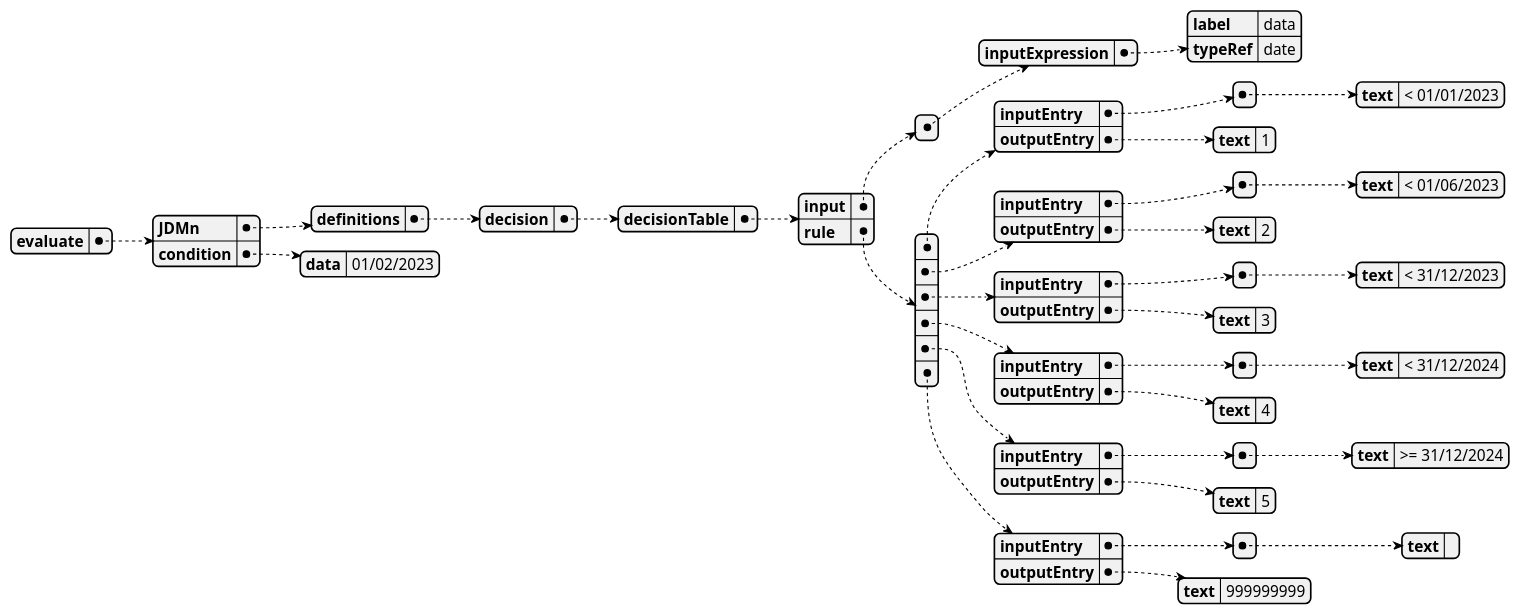
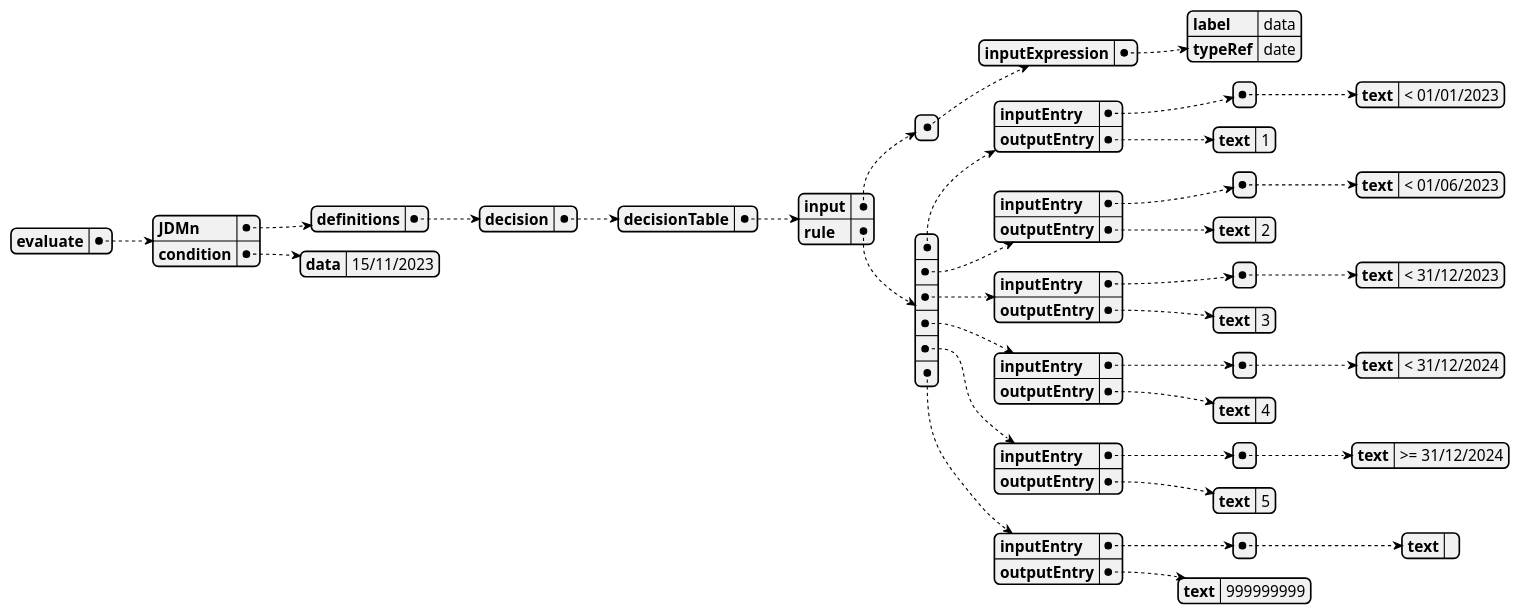
One commit to GiovaniPM/JDMn changed the diagram in examples/date.json.payload.puml. Above: the diagram before and after it, drawn with PlantUML. The commit also changed 3 other files, not shown here.

```diff
--- a/examples/date.json.payload.puml
+++ b/examples/date.json.payload.puml
@@ -1,87 +1,87 @@
 @startjson
 {
     "evaluate": {
         "JDMn": {
             "definitions": {
                 "decision": {
                     "decisionTable": {
                         "input": [
                             {
                                 "inputExpression": {
                                     "label": "data",
                                     "typeRef": "date"
                                 }
                             }
                         ],
                         "rule": [
                             {
                                 "inputEntry": [
                                     {
                                         "text": "< 01/01/2023"
                                     }
                                 ],
                                 "outputEntry": {
                                     "text": "1"
                                 }
                             },
                             {
                                 "inputEntry": [
                                     {
                                         "text": "< 01/06/2023"
                                     }
                                 ],
                                 "outputEntry": {
                                     "text": "2"
                                 }
                             },
                             {
                                 "inputEntry": [
                                     {
                                         "text": "< 31/12/2023"
                                     }
                                 ],
                                 "outputEntry": {
                                     "text": "3"
                                 }
                             },
                             {
                                 "inputEntry": [
                                     {
                                         "text": "< 31/12/2024"
                                     }
                                 ],
                                 "outputEntry": {
                                     "text": "4"
                                 }
                             },
                             {
                                 "inputEntry": [
                                     {
                                         "text": ">= 31/12/2024"
                                     }
                                 ],
                                 "outputEntry": {
                                     "text": "5"
                                 }
                             },
                             {
                                 "inputEntry": [
                                     {
                                         "text": ""
                                     }
                                 ],
                                 "outputEntry": {
                                     "text": "999999999"
                                 }
                             }
                         ]
                     }
                 }
             }
         },
         "condition": {
-            "data": "01/02/2023"
+            "data": "15/11/2023"
         }
     }
 }
 @endjson
```
